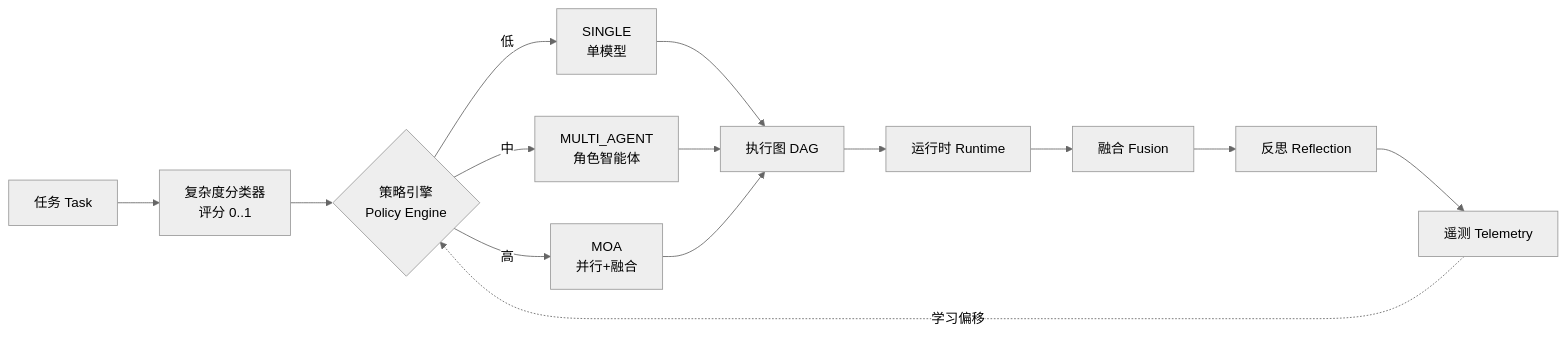
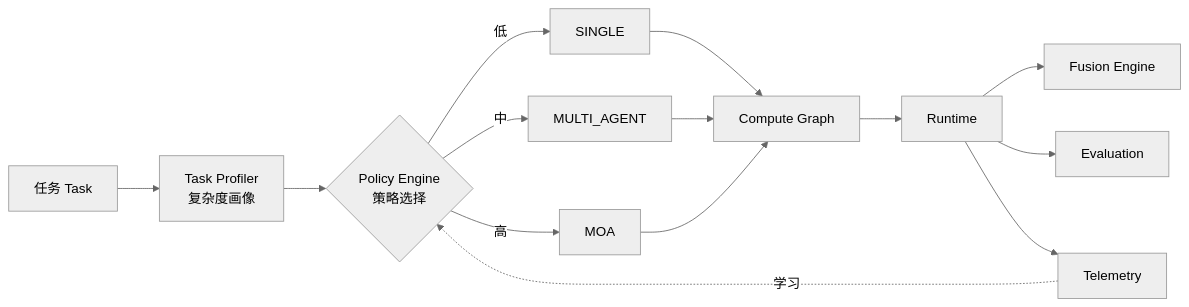
The diagram in README.md (Yum-wu/fek), drawn with Mermaid (neutral theme) before and after one commit. The commit also changed other lines of this file and 19 other files, not shown here.

````diff
--- a/README.md
+++ b/README.md
@@ -44,16 +111,16 @@
 ```mermaid
 flowchart LR
-    T[任务 Task] --> C[复杂度分类器<br/>评分 0..1]
-    C --> P{策略引擎<br/>Policy Engine}
-    P -->|低| S[SINGLE<br/>单模型]
-    P -->|中| M[MULTI_AGENT<br/>角色智能体]
-    P -->|高| A[MOA<br/>并行+融合]
-    S --> G[执行图 DAG]
+    T[任务 Task] --> P[Task Profiler<br/>复杂度画像]
+    P --> PE{Policy Engine<br/>策略选择}
+    PE -->|低| S[SINGLE]
+    PE -->|中| M[MULTI_AGENT]
+    PE -->|高| A[MOA]
+    S --> G[Compute Graph]
     M --> G
     A --> G
-    G --> R[运行时 Runtime]
-    R --> F[融合 Fusion]
-    F --> E[反思 Reflection]
-    E --> TL[遥测 Telemetry]
-    TL -. 学习偏移 .-> P
+    G --> R[Runtime]
+    R --> F[Fusion Engine]
+    R --> E[Evaluation]
+    R --> TL[Telemetry]
+    TL -. 学习 .-> PE
 ```
````
